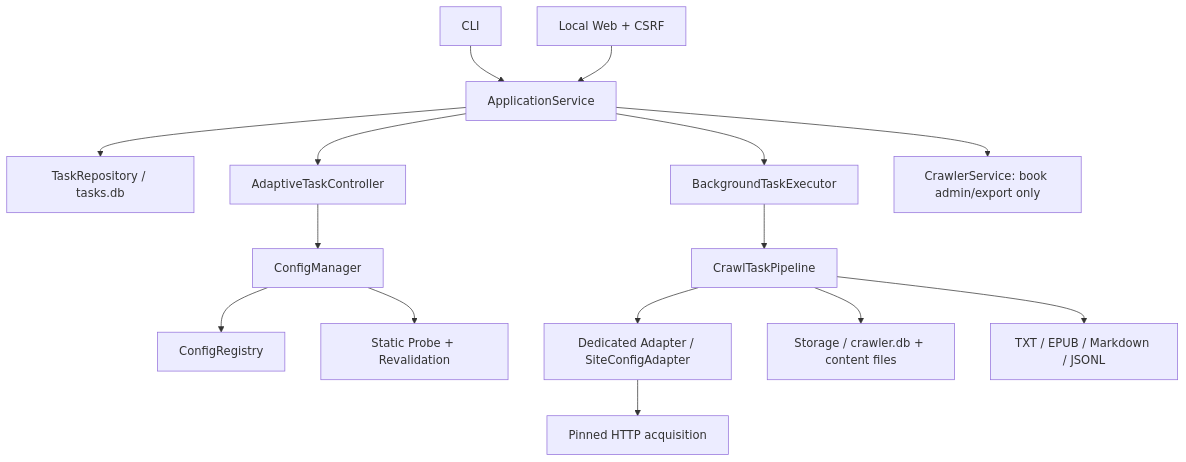
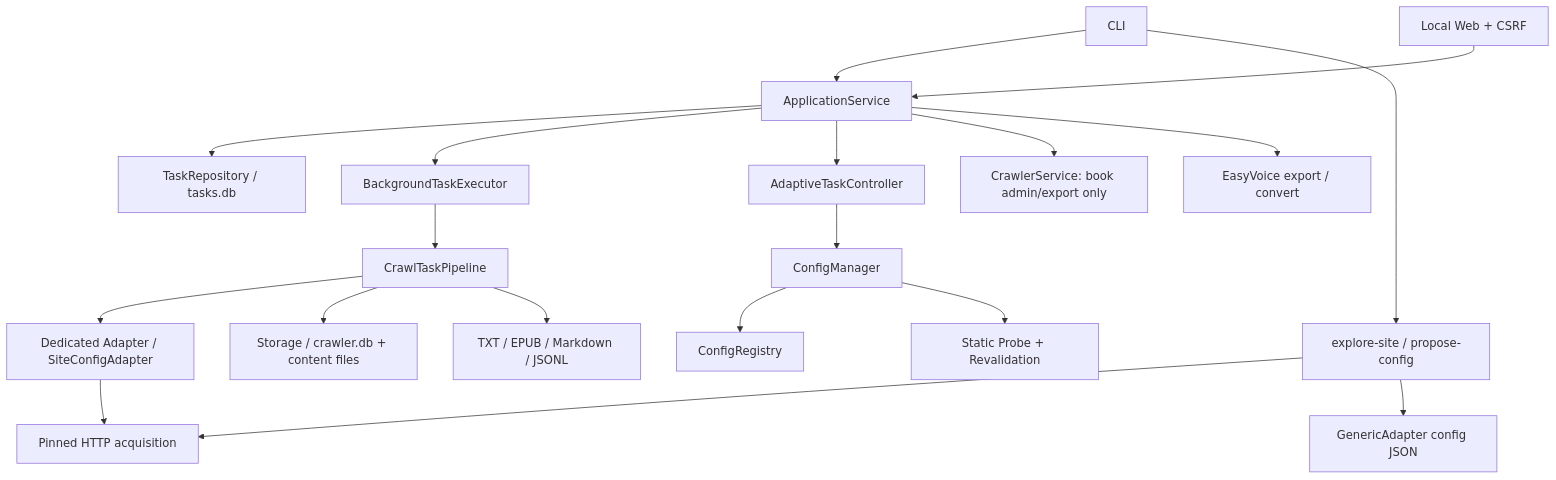
One commit to guozhengit/Novel-Crawler changed the first of 2 diagrams in docs/ARCHITECTURE.md. Above: the diagram before and after it, drawn with Mermaid. The commit also changed other lines of this file and 25 other files, not shown here.

````diff
--- a/docs/ARCHITECTURE.md
+++ b/docs/ARCHITECTURE.md
@@ -5,17 +5,21 @@
 ```mermaid
 flowchart TD
     CLI["CLI"] --> APP["ApplicationService"]
+    CLI --> EXPLORE["explore-site / propose-config"]
     WEB["Local Web + CSRF"] --> APP
+    EXPLORE --> HTTP
+    EXPLORE --> CFGFILE["GenericAdapter config JSON"]
     APP --> REPO["TaskRepository / tasks.db"]
     APP --> EXEC["BackgroundTaskExecutor"]
     APP --> CTRL["AdaptiveTaskController"]
     APP --> LEGACY["CrawlerService: book admin/export only"]
     EXEC --> PIPE["CrawlTaskPipeline"]
     CTRL --> MANAGER["ConfigManager"]
     MANAGER --> REG["ConfigRegistry"]
     MANAGER --> PROBE["Static Probe + Revalidation"]
     PIPE --> ROUTE["Dedicated Adapter / SiteConfigAdapter"]
     ROUTE --> HTTP["Pinned HTTP acquisition"]
     PIPE --> STORE["Storage / crawler.db + content files"]
     PIPE --> EXPORT["TXT / EPUB / Markdown / JSONL"]
+    APP --> TTS["EasyVoice export / convert"]
 ```
````
